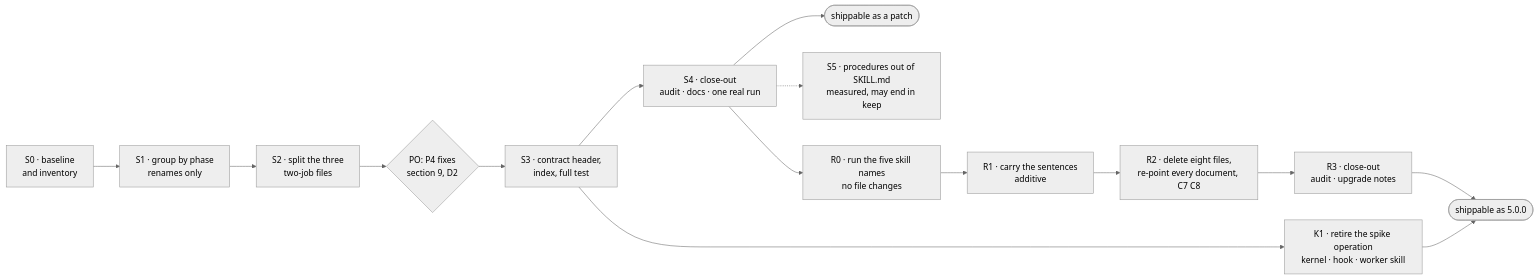
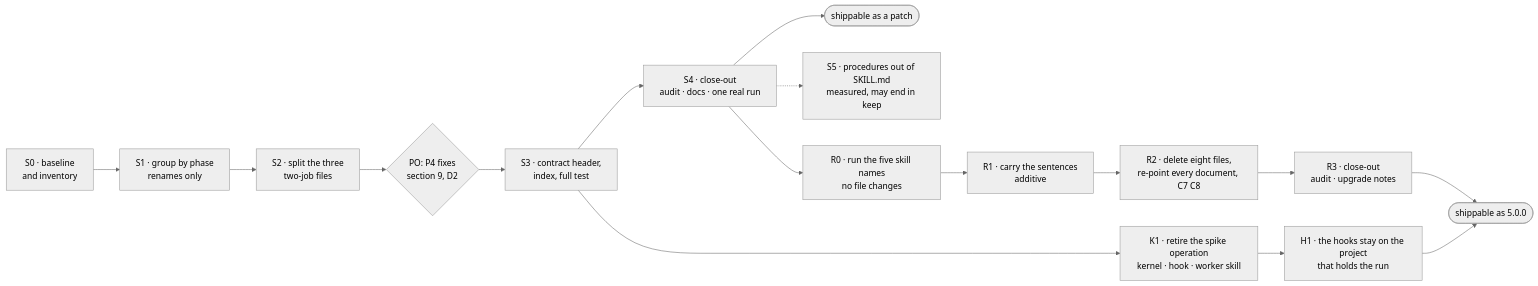
Before and after one commit to nguyenvanphituoc/shapeup-sdlc-plugin: the third of 3 diagrams in docs/design/v4/plan-2026-11-09-building-anatomy.md, drawn with Mermaid (neutral theme). The commit also changed other lines of this file, not shown here.

````diff
--- a/docs/design/v4/plan-2026-11-09-building-anatomy.md
+++ b/docs/design/v4/plan-2026-11-09-building-anatomy.md
@@ -369,17 +369,18 @@
 ```mermaid
 flowchart LR
   S0["S0 · baseline<br/>and inventory"] --> S1["S1 · group by phase<br/>renames only"]
   S1 --> S2["S2 · split the three<br/>two-job files"]
   S2 --> D{"PO: P4 fixes<br/>section 9, D2"}
   D --> S3["S3 · contract header,<br/>index, full test"]
   S3 --> S4["S4 · close-out<br/>audit · docs · one real run"]
   S4 --> SHIP(["shippable as a patch"])
   S4 -.-> S5["S5 · procedures out of SKILL.md<br/>measured, may end in keep"]
   S4 --> R0["R0 · run the five skill names<br/>no file changes"]
   R0 --> R1["R1 · carry the sentences<br/>additive"]
   R1 --> R2["R2 · delete eight files,<br/>re-point every document, C7 C8"]
   R2 --> R3["R3 · close-out<br/>audit · upgrade notes"]
   R3 --> SHIP2(["shippable as 5.0.0"])
   S3 --> K1["K1 · retire the spike operation<br/>kernel · hook · worker skill"]
-  K1 --> SHIP2
+  K1 --> H1["H1 · the hooks stay on the project<br/>that holds the run"]
+  H1 --> SHIP2
 ```
````
